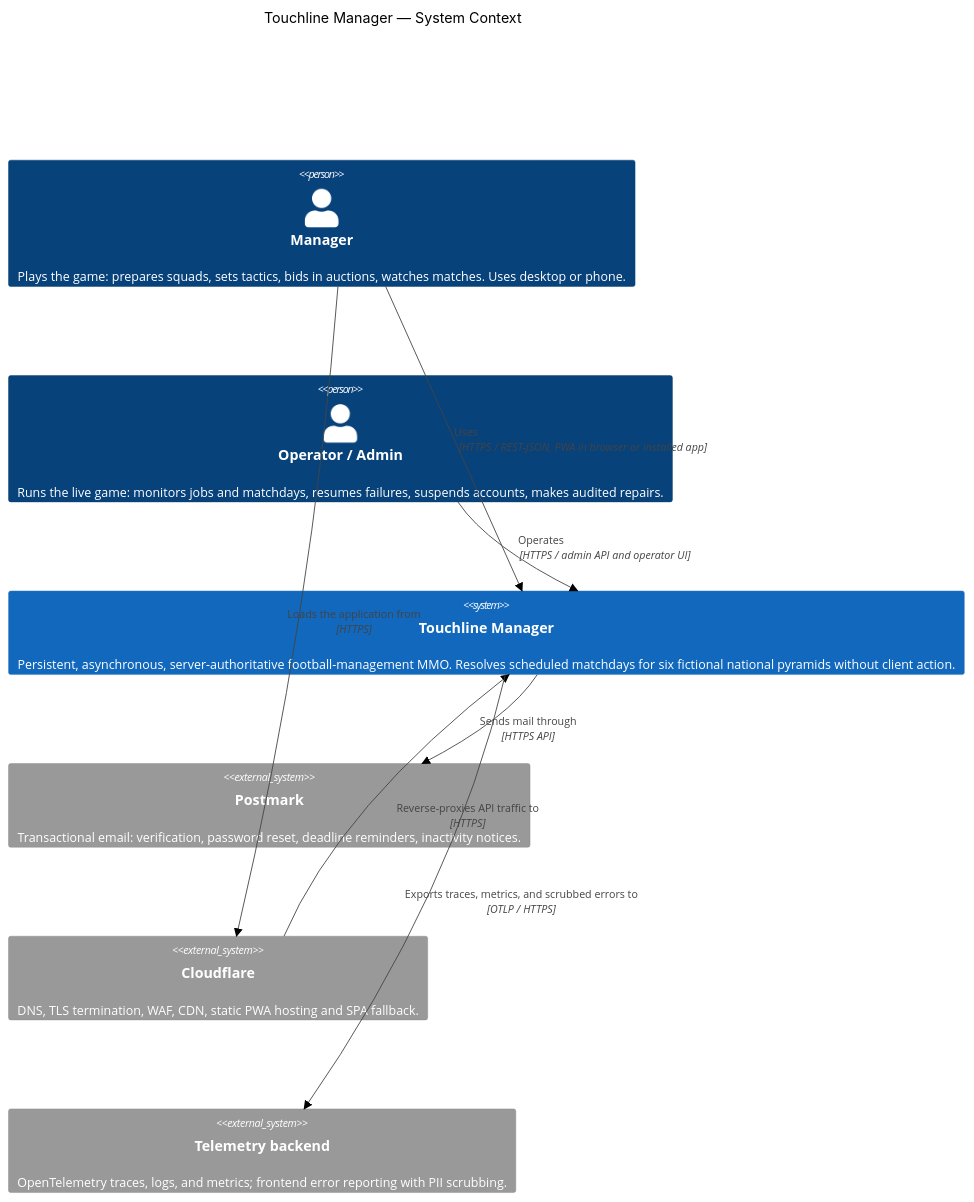
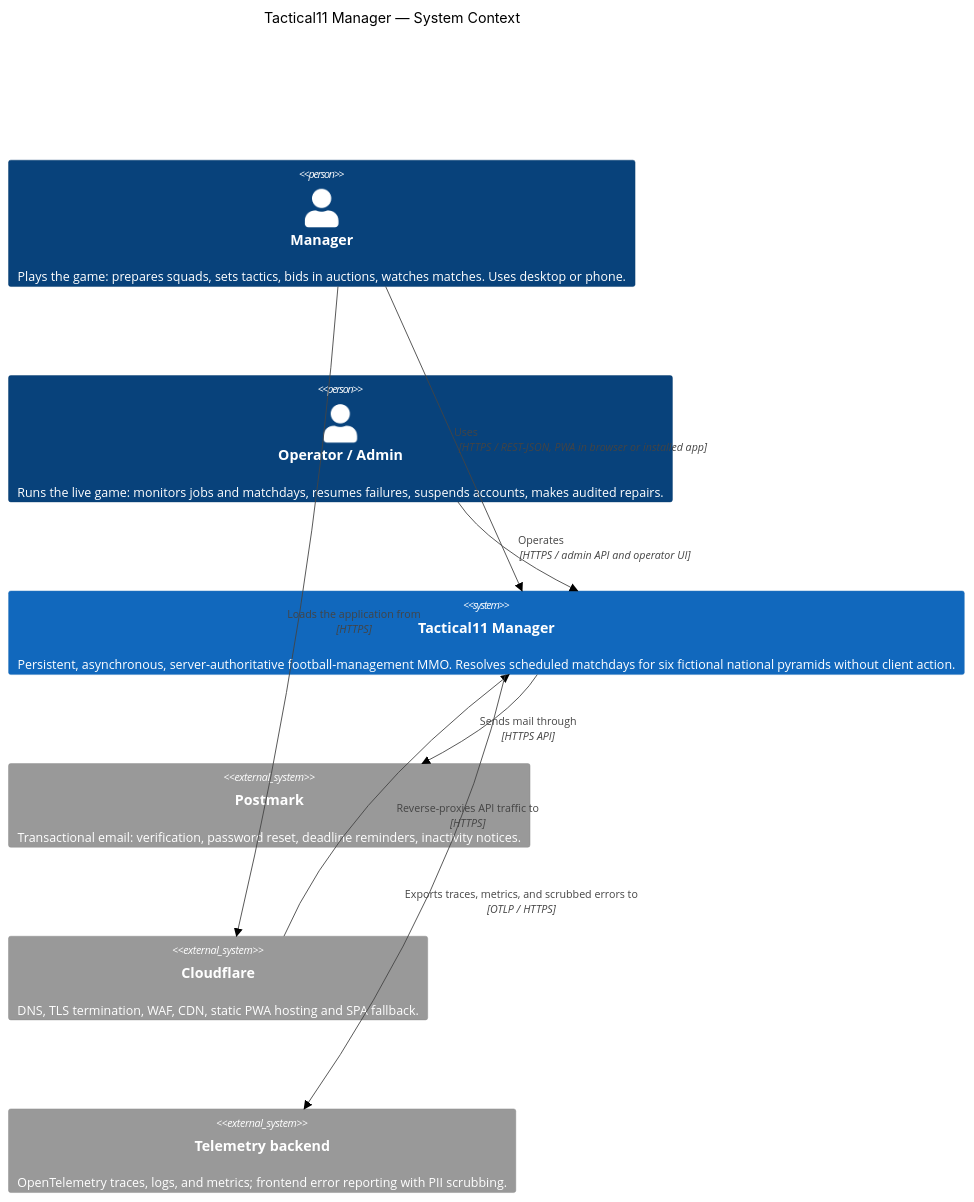
The first of 2 diagrams in docs/architecture/context.md (EndAroundCarry/touchline-manager-online), drawn with Mermaid (neutral theme) before and after one commit. The commit also changed other lines of this file and 2217 other files, not shown here.

First line of the commit message:
Rename the game from Touchline Manager to Tactical11Manager

````diff
--- a/docs/architecture/context.md
+++ b/docs/architecture/context.md
@@ -12,24 +12,24 @@
 ```mermaid
 C4Context
-    title Touchline Manager — System Context
+    title Tactical11 Manager — System Context
 
     Person(manager, "Manager", "Plays the game: prepares squads, sets tactics, bids in auctions, watches matches. Uses desktop or phone.")
     Person(ops, "Operator / Admin", "Runs the live game: monitors jobs and matchdays, resumes failures, suspends accounts, makes audited repairs.")
 
-    System(touchline, "Touchline Manager", "Persistent, asynchronous, server-authoritative football-management MMO. Resolves scheduled matchdays for six fictional national pyramids without client action.")
+    System(touchline, "Tactical11 Manager", "Persistent, asynchronous, server-authoritative football-management MMO. Resolves scheduled matchdays for six fictional national pyramids without client action.")
 
     System_Ext(email, "Postmark", "Transactional email: verification, password reset, deadline reminders, inactivity notices.")
     System_Ext(cdn, "Cloudflare", "DNS, TLS termination, WAF, CDN, static PWA hosting and SPA fallback.")
     System_Ext(otel, "Telemetry backend", "OpenTelemetry traces, logs, and metrics; frontend error reporting with PII scrubbing.")
 
     Rel(manager, touchline, "Uses", "HTTPS / REST-JSON, PWA in browser or installed app")
     Rel(ops, touchline, "Operates", "HTTPS / admin API and operator UI")
 
     Rel(touchline, email, "Sends mail through", "HTTPS API")
     Rel(cdn, touchline, "Reverse-proxies API traffic to", "HTTPS")
     Rel(manager, cdn, "Loads the application from", "HTTPS")
     Rel(touchline, otel, "Exports traces, metrics, and scrubbed errors to", "OTLP / HTTPS")
 
     UpdateRelStyle(manager, touchline, $offsetY="-10")
     UpdateRelStyle(ops, touchline, $offsetY="-10")
 ```
````
